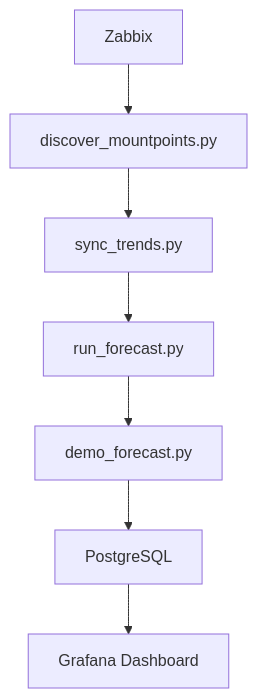
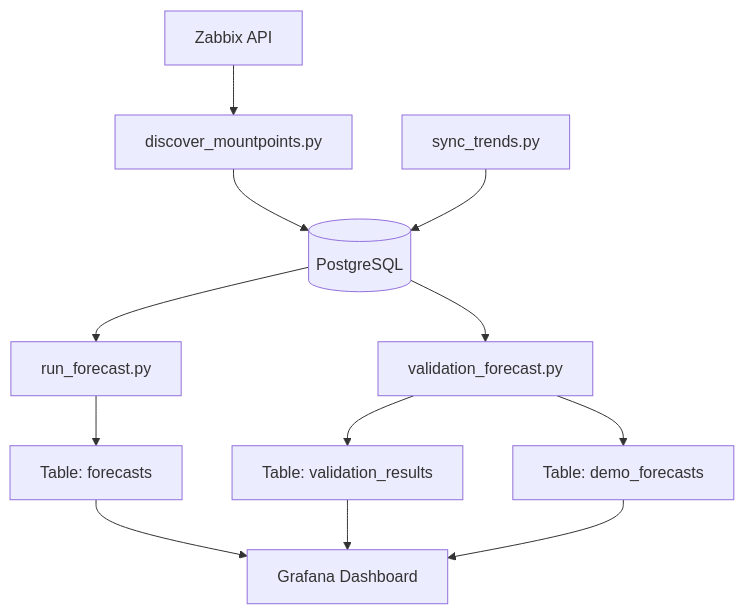
Before and after one commit to Flockky/Zabbix-ML-forecasting: the diagram in README.md, drawn with Mermaid. The commit also changed other lines of this file, not shown here.

````diff
--- a/README.md
+++ b/README.md
@@ -21,9 +23,12 @@
 ```mermaid
 graph TD;
-    A[Zabbix] --> B[discover_mountpoints.py]
-    B --> C[sync_trends.py]
-    C --> D[run_forecast.py]
-    D --> E[demo_forecast.py]
-    E --> F[PostgreSQL]
-    F --> G[Grafana Dashboard]
+    A[Zabbix API] --> B[discover_mountpoints.py]
+    B --> C[(PostgreSQL)]
+    D[sync_trends.py] --> C
+    C --> E[run_forecast.py]
+    C --> F[validation_forecast.py]
+    E --> G[Table: forecasts]
+    F --> H[Table: validation_results]
+    F --> I[Table: demo_forecasts]
+    G & H & I --> J[Grafana Dashboard]
 ```
````
